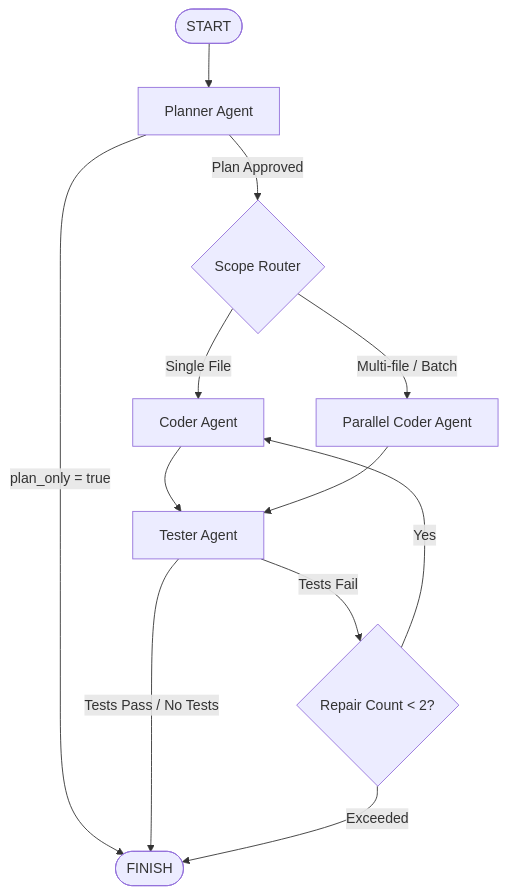
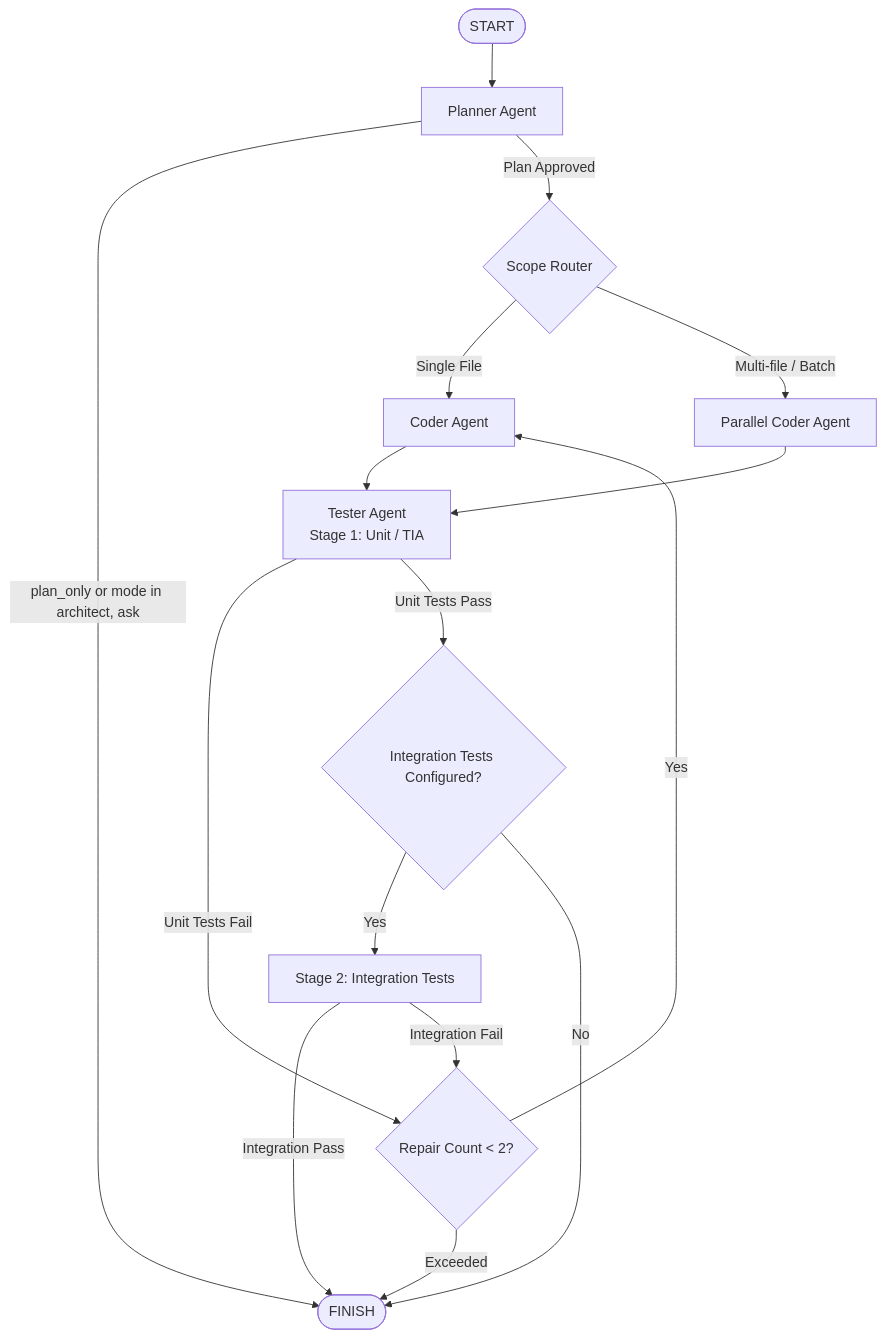
One commit to cosq-network/devx changed the first of 2 diagrams in docs/user-guide/02-core-concepts.md. Above: the diagram before and after it, drawn with Mermaid. The commit also changed other lines of this file and 8 other files, not shown here.

First line of the commit message:
docs: update user guide, cli reference, and architecture docs for client intelligence

````diff
--- a/docs/user-guide/02-core-concepts.md
+++ b/docs/user-guide/02-core-concepts.md
@@ -16,17 +16,22 @@
 ```mermaid
 graph TD
     START([START]) --> PLANNER[Planner Agent]
-    PLANNER -->|plan_only = true| FINISH([FINISH])
+    PLANNER -->|plan_only or mode in architect, ask| FINISH([FINISH])
     PLANNER -->|Plan Approved| ROUTER{Scope Router}
     
     ROUTER -->|Single File| CODER[Coder Agent]
     ROUTER -->|Multi-file / Batch| PCODER[Parallel Coder Agent]
     
-    CODER --> TESTER[Tester Agent]
+    CODER --> TESTER[Tester Agent\nStage 1: Unit / TIA]
     PCODER --> TESTER
     
-    TESTER -->|Tests Pass / No Tests| FINISH
-    TESTER -->|Tests Fail| REPAIR{Repair Count < 2?}
+    TESTER -->|Unit Tests Fail| REPAIR{Repair Count < 2?}
     REPAIR -->|Yes| CODER
     REPAIR -->|Exceeded| FINISH
+    
+    TESTER -->|Unit Tests Pass| INTEG{Integration Tests Configured?}
+    INTEG -->|Yes| ITEST[Stage 2: Integration Tests]
+    INTEG -->|No| FINISH
+    ITEST -->|Integration Pass| FINISH
+    ITEST -->|Integration Fail| REPAIR
 ```
````
